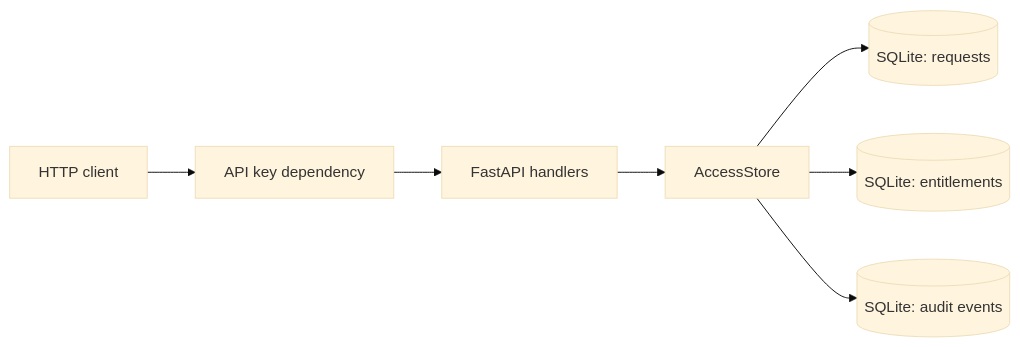
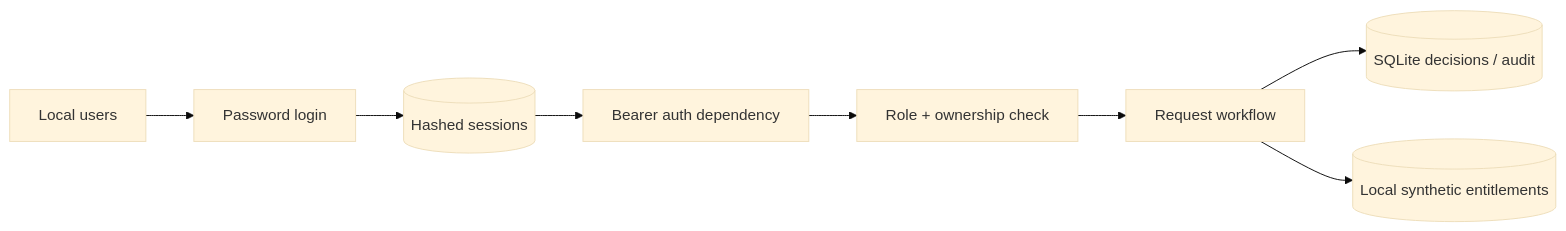
Before and after one commit to Scumbagsss/priority-access-bot: the diagram in README.md, drawn with Mermaid (base theme). The commit also changed other lines of this file and 7 other files, not shown here.

First line of the commit message:
feat: add session auth and 44 verified HTTP/database tests

````diff
--- a/README.md
+++ b/README.md
@@ -36,9 +75,10 @@
 ```mermaid
 flowchart LR
-    A[HTTP client] --> B[API key dependency]
-    B --> C[FastAPI handlers]
-    C --> D[AccessStore]
-    D --> E[(SQLite: requests)]
-    D --> F[(SQLite: entitlements)]
-    D --> G[(SQLite: audit events)]
+  P[Local users] --> A[Password login]
+  A --> B[(Hashed sessions)]
+  B --> C[Bearer auth dependency]
+  C --> R[Role + ownership check]
+  R --> W[Request workflow]
+  W --> D[(SQLite decisions / audit)]
+  W --> E[(Local synthetic entitlements)]
 ```
````
